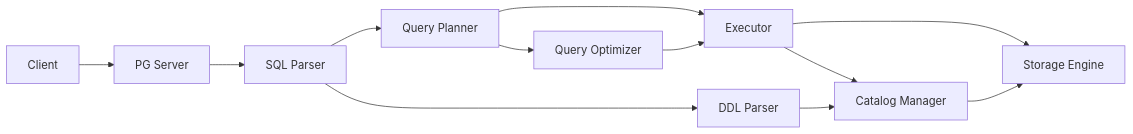
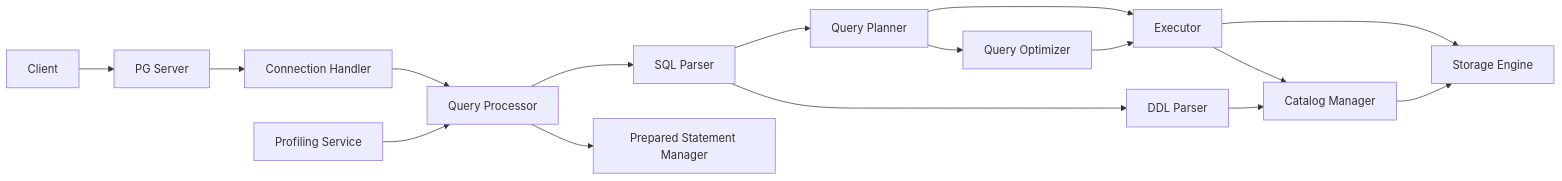
One commit to guileen/pglitedb changed the diagram in spec/Context.md. Above: the diagram before and after it, drawn with Mermaid. The commit also changed other lines of this file and 49 other files, not shown here.

````diff
--- a/spec/Context.md
+++ b/spec/Context.md
@@ -154,14 +159,18 @@
 ```mermaid
 graph LR
     A[Client] --> B[PG Server]
-    B --> C[SQL Parser]
-    C --> D[Query Planner]
-    D --> E[Query Optimizer]
-    D --> F[Executor]
-    E --> F
-    F --> G[Catalog Manager]
-    F --> H[Storage Engine]
+    B --> C[Connection Handler]
+    C --> D[Query Processor]
+    D --> E[SQL Parser]
+    E --> F[Query Planner]
+    F --> G[Query Optimizer]
+    F --> H[Executor]
     G --> H
-    C --> I[DDL Parser]
-    I --> G
+    H --> I[Catalog Manager]
+    H --> J[Storage Engine]
+    I --> J
+    E --> K[DDL Parser]
+    K --> I
+    D --> L[Prepared Statement Manager]
+    M[Profiling Service] --> D
 ```
````
